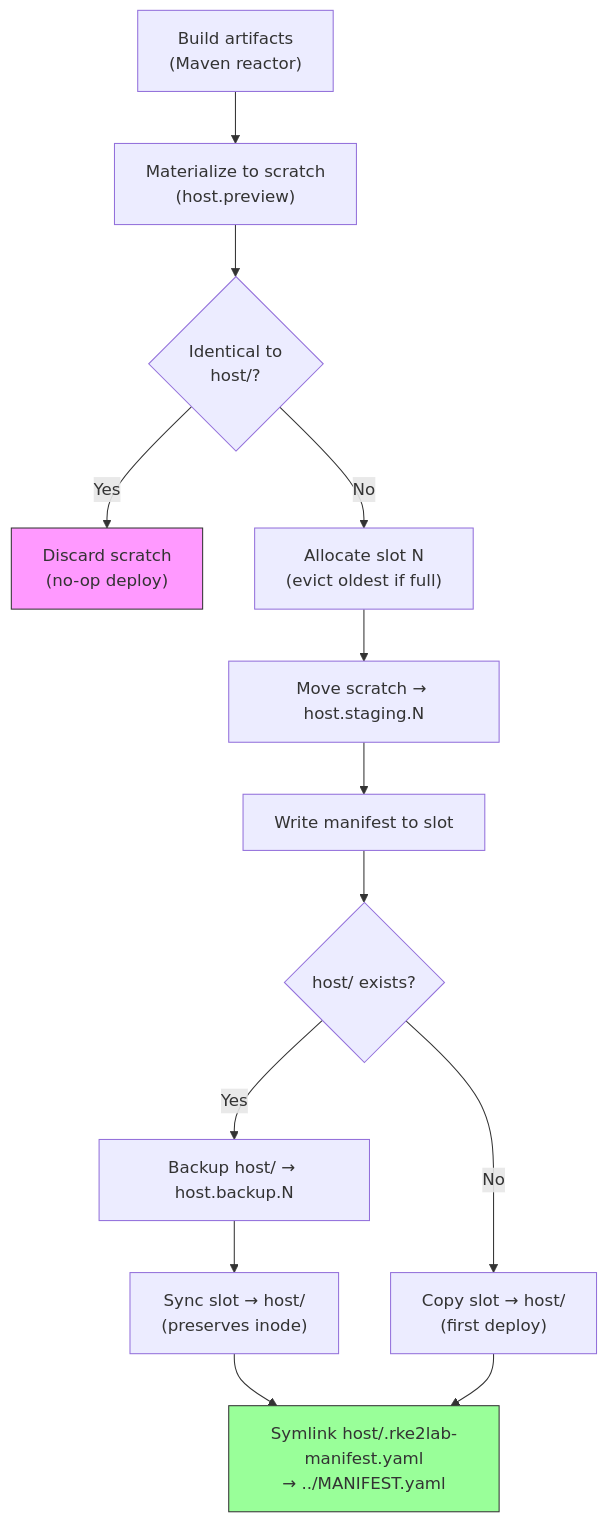
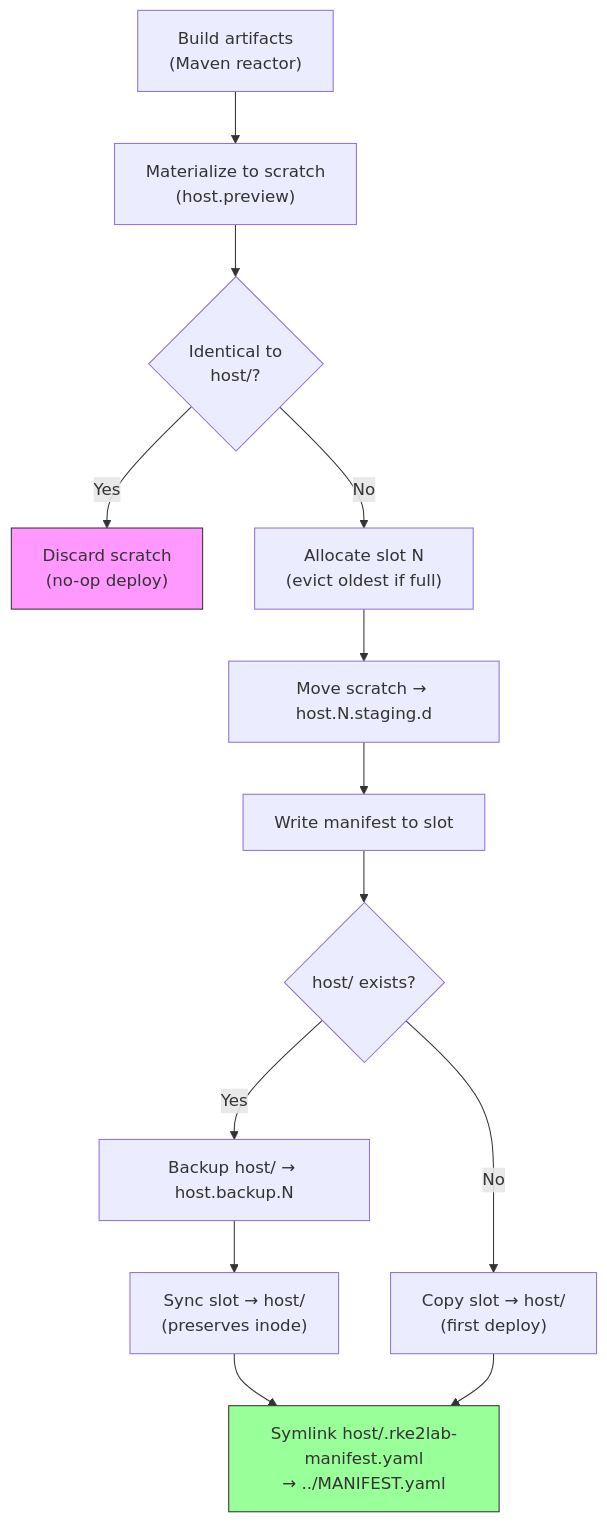
The first of 2 diagrams in docs/architecture/systemd/host-slot-management.adoc (nxmatic/rke2lab), drawn with Mermaid before and after one commit. The commit also changed other lines of this file and 15 other files, not shown here.

```diff
--- a/docs/architecture/systemd/host-slot-management.adoc
+++ b/docs/architecture/systemd/host-slot-management.adoc
@@ -77,32 +77,32 @@
 [mermaid]
 ----
 graph TB
     A["Build artifacts<br/>(Maven reactor)"]
     B["Materialize to scratch<br/>(host.preview)"]
     C{"Identical to<br/>host/?"}
     D["Discard scratch<br/>(no-op deploy)"]
     E["Allocate slot N<br/>(evict oldest if full)"]
-    F["Move scratch → host.staging.N"]
+    F["Move scratch → host.N.staging.d"]
     G["Write manifest to slot"]
     H{"host/ exists?"}
     I["Backup host/ → host.backup.N"]
     J["Sync slot → host/<br/>(preserves inode)"]
     K["Copy slot → host/<br/>(first deploy)"]
     L["Symlink host/.rke2lab-manifest.yaml<br/>→ ../MANIFEST.yaml"]
 
     A --> B
     B --> C
     C -->|Yes| D
     C -->|No| E
     E --> F
     F --> G
     G --> H
     H -->|Yes| I
     I --> J
     H -->|No| K
     J --> L
     K --> L
 
     style D fill:#f9f,stroke:#333
     style L fill:#9f9,stroke:#333
 ----
```
